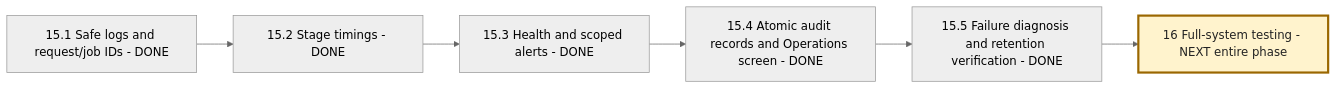
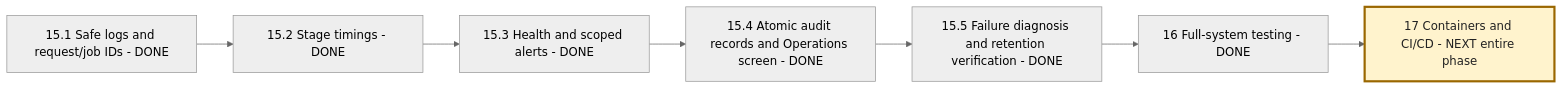
The seventh of 7 diagrams in NEXAAI_ROADMAP.md (msdian0007/nexaAi), drawn with Mermaid (neutral theme) before and after one commit. The commit also changed other lines of this file and 6 other files, not shown here.

````diff
--- a/NEXAAI_ROADMAP.md
+++ b/NEXAAI_ROADMAP.md
@@ -434,9 +443,10 @@
 ```mermaid
 flowchart LR
     A[15.1 Safe logs and request/job IDs - DONE] --> B[15.2 Stage timings - DONE]
     B --> C[15.3 Health and scoped alerts - DONE]
     C --> D[15.4 Atomic audit records and Operations screen - DONE]
     D --> E[15.5 Failure diagnosis and retention verification - DONE]
-    E --> F[16 Full-system testing - NEXT entire phase]
-    style F fill:#fff3cd,stroke:#9a6700,stroke-width:3px,color:#222
+    E --> F[16 Full-system testing - DONE]
+    F --> G[17 Containers and CI/CD - NEXT entire phase]
+    style G fill:#fff3cd,stroke:#9a6700,stroke-width:3px,color:#222
 ```
````
